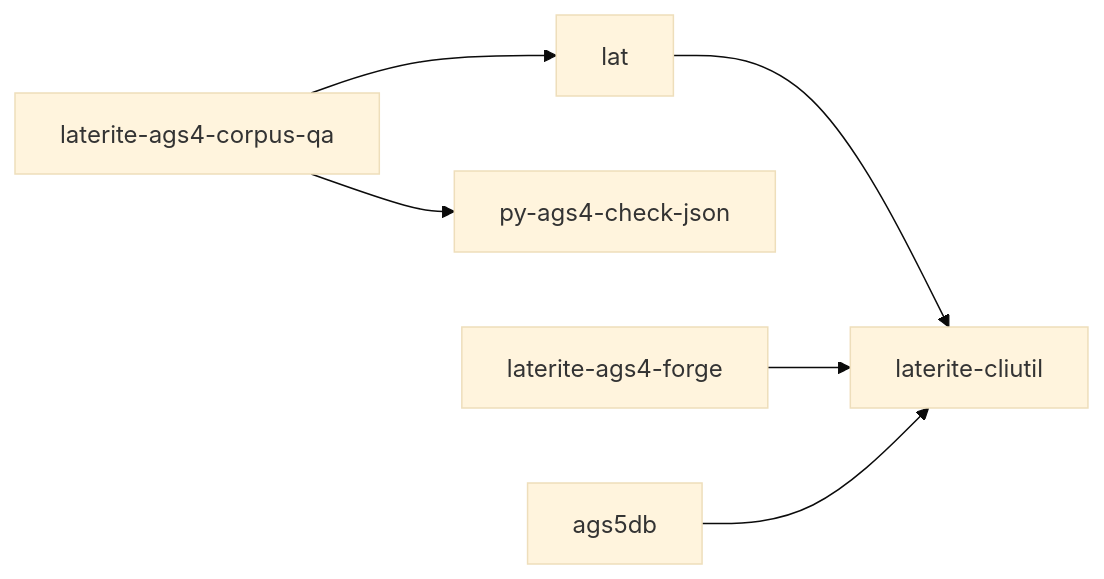
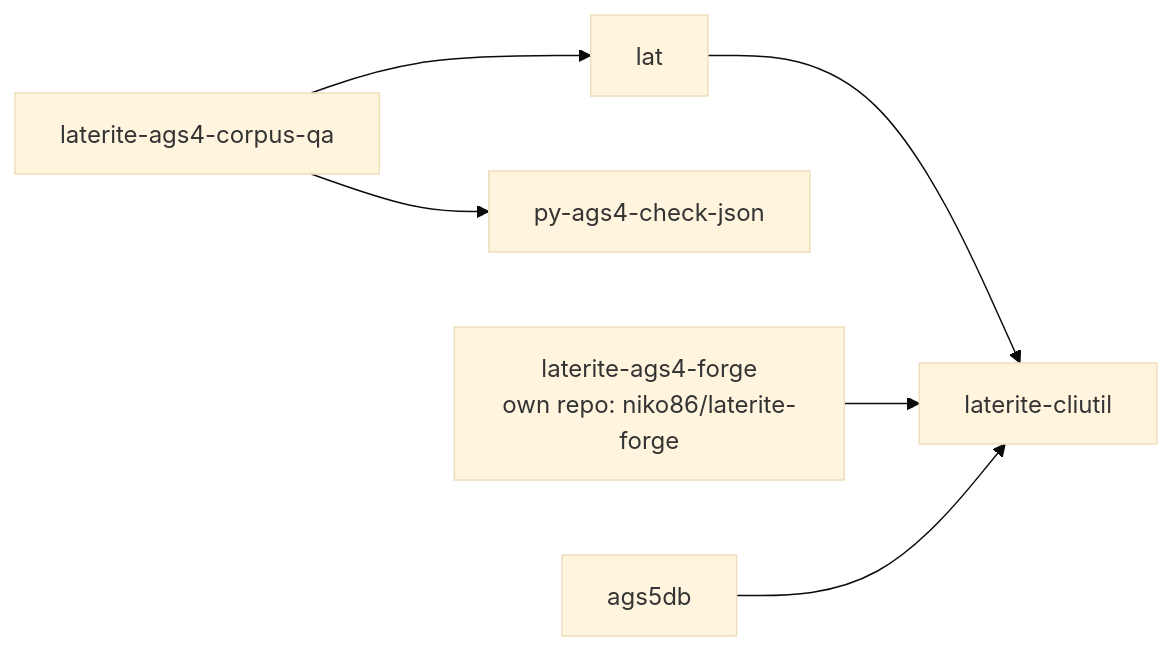
One commit to niko86/laterite changed the diagram in ags-wiki/tools/laterite-cliutil.md. Above: the diagram before and after it, drawn with Mermaid (base theme). The commit also changed other lines of this file and 92 other files, not shown here.

First line of the commit message:
chore: forge leaves the workspace for niko86/laterite-forge (#1111) (#1144)

````diff
--- a/ags-wiki/tools/laterite-cliutil.md
+++ b/ags-wiki/tools/laterite-cliutil.md
@@ -32,8 +32,8 @@
 ```mermaid
 flowchart LR
   crawl[laterite-ags4-corpus-qa] --> ags4check[lat]
   crawl --> py[py-ags4-check-json]
   ags4check --> cliutil[laterite-cliutil]
-  forge[laterite-ags4-forge] --> cliutil
+  forge["laterite-ags4-forge<br/>own repo: niko86/laterite-forge"] --> cliutil
   ags5db[ags5db] --> cliutil
 ```
````
